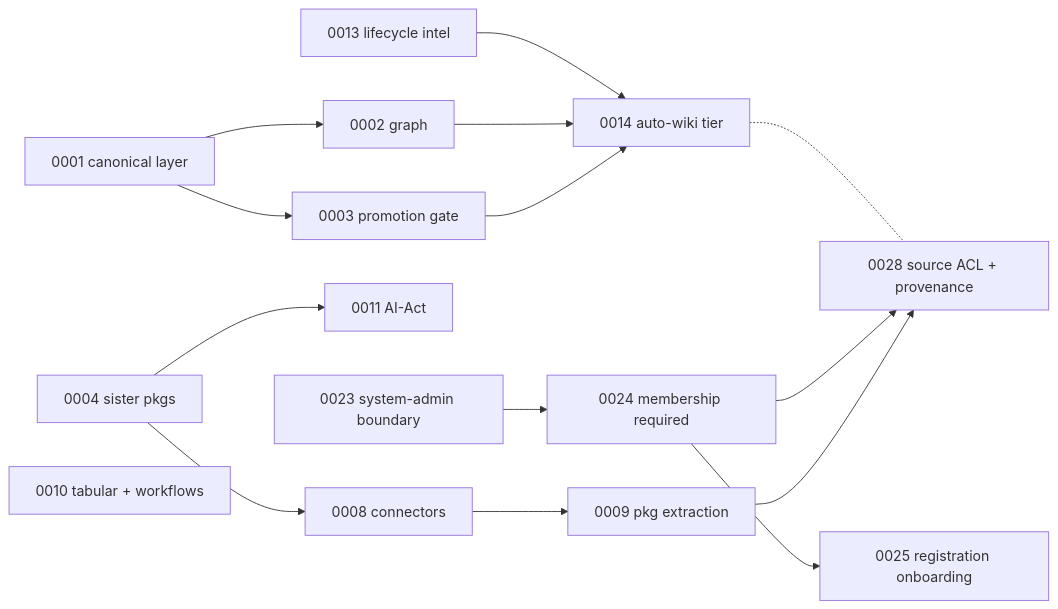
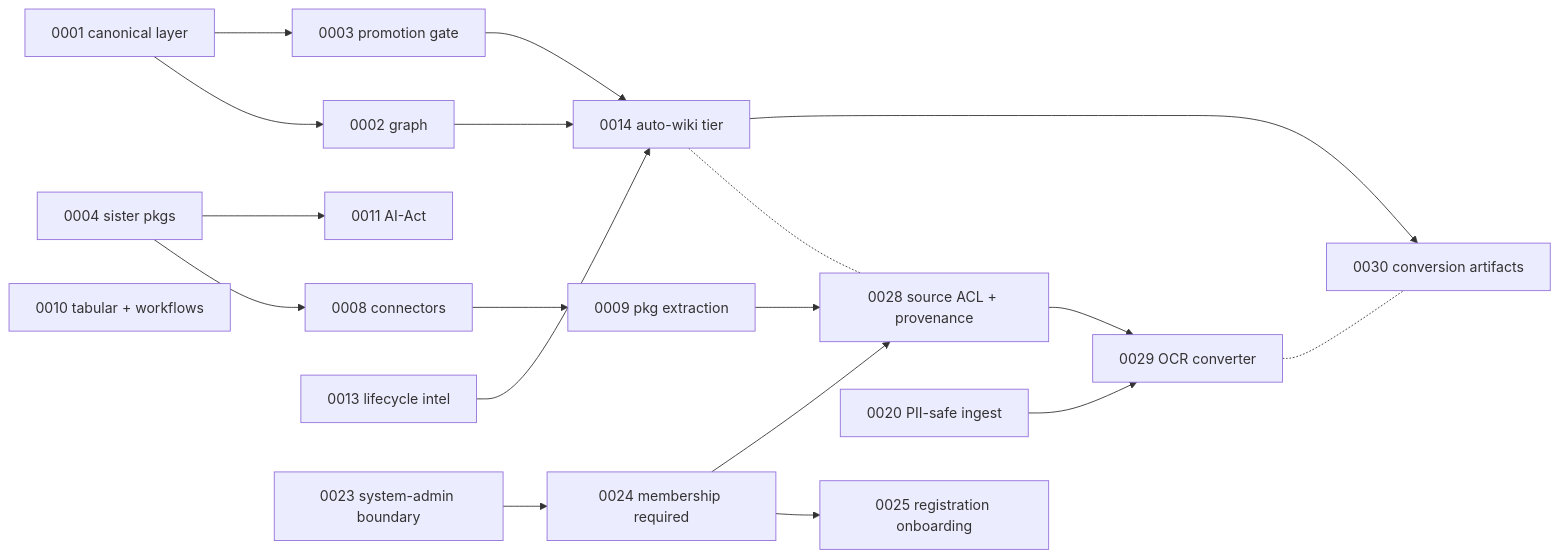
The diagram in docs-site/architecture/decisions.mdx (lopadova/AskMyDocs), drawn with Mermaid before and after one commit. The commit also changed other lines of this file and 6 other files, not shown here.

````diff
--- a/docs-site/architecture/decisions.mdx
+++ b/docs-site/architecture/decisions.mdx
@@ -109,16 +109,20 @@
 ```mermaid
 flowchart LR
     A0001[0001 canonical layer] --> A0002[0002 graph]
     A0001 --> A0003[0003 promotion gate]
     A0003 --> A0014[0014 auto-wiki tier]
     A0002 --> A0014
     A0004[0004 sister pkgs] --> A0008[0008 connectors] --> A0009[0009 pkg extraction]
     A0004 --> A0011[0011 AI-Act]
     A0010[0010 tabular + workflows]
     A0013[0013 lifecycle intel] --> A0014
     A0023[0023 system-admin boundary] --> A0024[0024 membership required]
     A0024 --> A0025[0025 registration onboarding]
     A0009 --> A0028[0028 source ACL + provenance]
     A0024 --> A0028
     A0014 -.- A0028
+    A0020[0020 PII-safe ingest] --> A0029[0029 OCR converter]
+    A0028 --> A0029
+    A0014 --> A0030[0030 conversion artifacts]
+    A0029 -.- A0030
 ```
````
